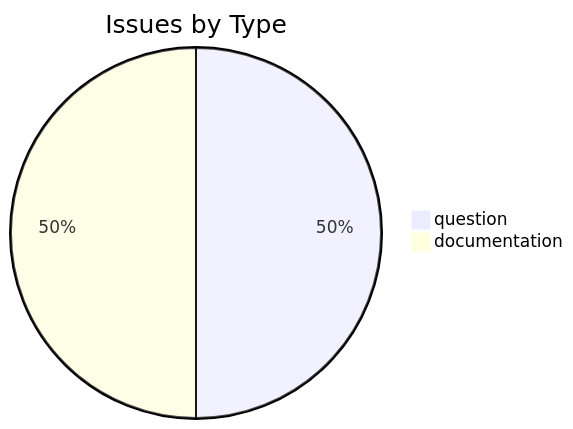
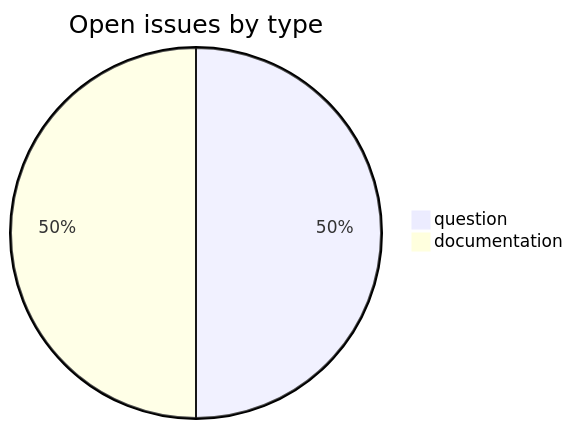
The first of 2 diagrams in README.md (sanskrit-lexicon/csl-newsletter), drawn with Mermaid before and after one commit. The commit also changed other lines of this file, not shown here.

````diff
--- a/README.md
+++ b/README.md
@@ -17,5 +28,5 @@
 ```mermaid
-pie title Issues by Type
+pie title Open issues by type
     "question" : 1
     "documentation" : 1
 ```
````
